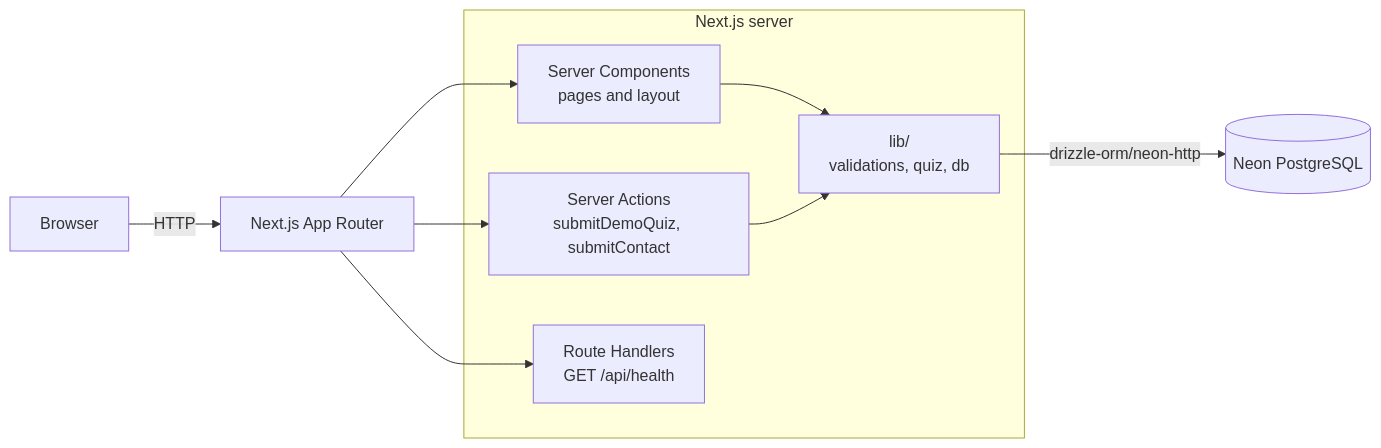
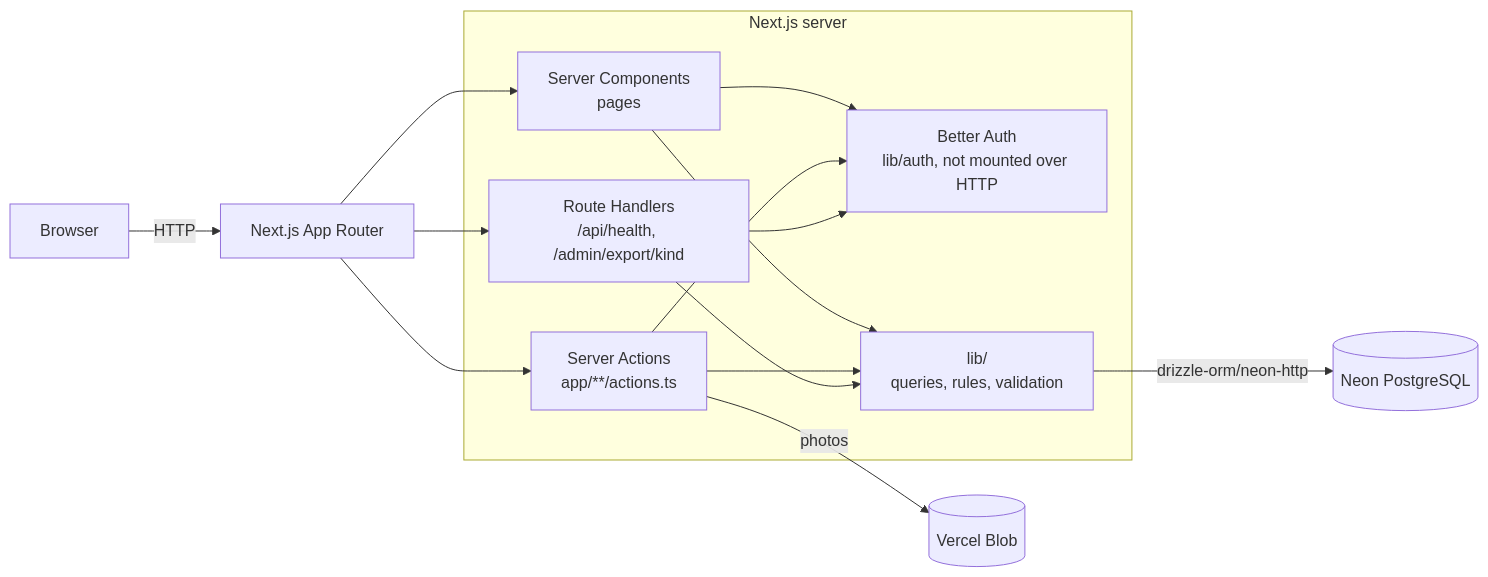
Before and after one commit to Technical-Events/TechBash: the first of 2 diagrams in docs/ARCHITECTURE.md, drawn with Mermaid. The commit also changed other lines of this file and 8 other files, not shown here.

````diff
--- a/docs/ARCHITECTURE.md
+++ b/docs/ARCHITECTURE.md
@@ -7,16 +7,18 @@
 ```mermaid
 flowchart LR
   B[Browser] -->|HTTP| N[Next.js App Router]
   subgraph N1[Next.js server]
-    SC[Server Components<br/>pages and layout]
-    SA[Server Actions<br/>submitDemoQuiz, submitContact]
-    RH[Route Handlers<br/>GET /api/health]
-    L[lib/<br/>validations, quiz, db]
+    SC[Server Components<br/>pages]
+    SA[Server Actions<br/>app/**/actions.ts]
+    RH[Route Handlers<br/>/api/health, /admin/export/kind]
+    AU[Better Auth<br/>lib/auth, not mounted over HTTP]
+    L[lib/<br/>queries, rules, validation]
   end
-  N --> SC
-  N --> SA
-  N --> RH
-  SC --> L
-  SA --> L
+  N --> SC & SA & RH
+  SC --> AU
+  SA --> AU
+  RH --> AU
+  SC & SA & RH --> L
   L -->|drizzle-orm/neon-http| DB[(Neon PostgreSQL)]
+  SA -->|photos| BL[(Vercel Blob)]
 ```
````
